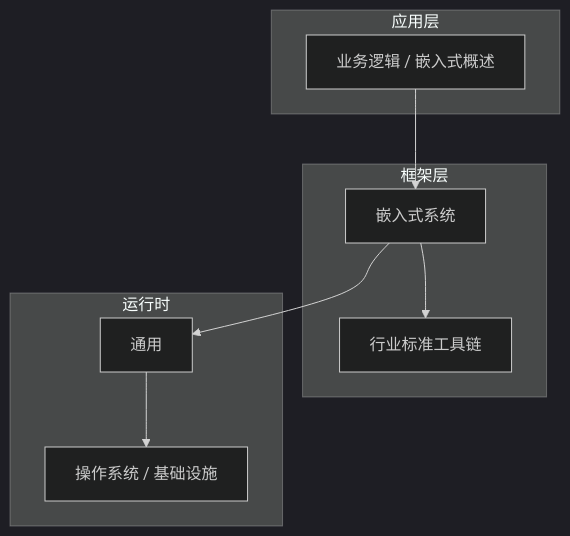
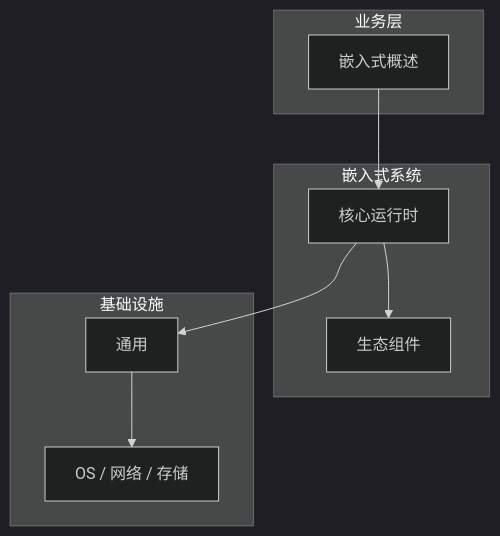
Before and after one commit to yanggan2015/knowledge-json-v2: the diagram in articles/嵌入式系统/chapters/001-嵌入式概述核心概念与原理.md, drawn with Mermaid (dark theme). The commit also changed other lines of this file and 10127 other files, not shown here.

````diff
--- a/articles/嵌入式系统/chapters/001-嵌入式概述核心概念与原理.md
+++ b/articles/嵌入式系统/chapters/001-嵌入式概述核心概念与原理.md
@@ -45,18 +34,18 @@
 ```mermaid
 graph TB
-    subgraph 应用层
-        A[业务逻辑 / 嵌入式概述]
+    subgraph 业务层
+        A[嵌入式概述]
     end
-    subgraph 框架层
-        B[嵌入式系统]
-        C[行业标准工具链]
+    subgraph 嵌入式系统
+        B[核心运行时]
+        C[生态组件]
     end
-    subgraph 运行时
+    subgraph 基础设施
         D[通用]
-        E[操作系统 / 基础设施]
+        E[OS / 网络 / 存储]
     end
     A --> B
     B --> C
     B --> D
     D --> E
 ```
````
